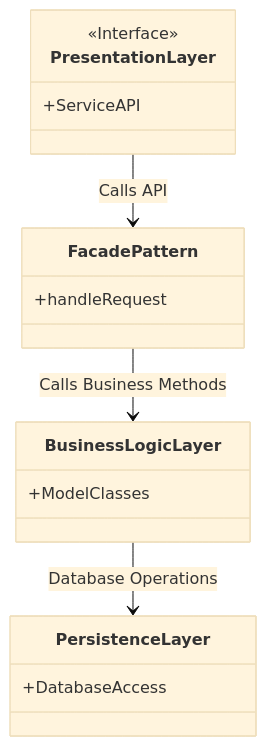
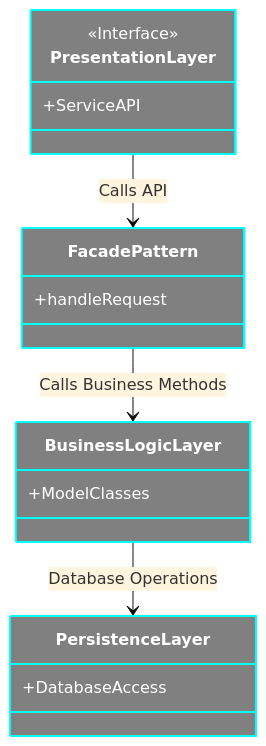
Before and after one commit to sira-djam/holbertonschool-hbnb: the diagram in part_1/0-high_level_package_diagram.md, drawn with Mermaid (base theme).

Commit message:
try to personalize diagram

````diff
--- a/part_1/0-high_level_package_diagram.md
+++ b/part_1/0-high_level_package_diagram.md
@@ -7,19 +7,25 @@
 ```mermaid
 classDiagram
 class PresentationLayer {
     <<Interface>>
     +ServiceAPI
 }
 class FacadePattern {
     +handleRequest
 }
 class BusinessLogicLayer {
     +ModelClasses
 }
 class PersistenceLayer {
     +DatabaseAccess
 }
 PresentationLayer --> FacadePattern : Calls API
 FacadePattern --> BusinessLogicLayer : Calls Business Methods
 BusinessLogicLayer --> PersistenceLayer : Database Operations
+
+%% Custom CSS for Mermaid
+style PresentationLayer fill:#808080,stroke:#00ffff,stroke-width:2px,color:white;
+style FacadePattern fill:#808080,stroke:#00ffff,stroke-width:2px,color:white;
+style BusinessLogicLayer fill:#808080,stroke:#00ffff,stroke-width:2px,color:white;
+style PersistenceLayer fill:#808080,stroke:#00ffff,stroke-width:2px,color:white;
 ```
````
